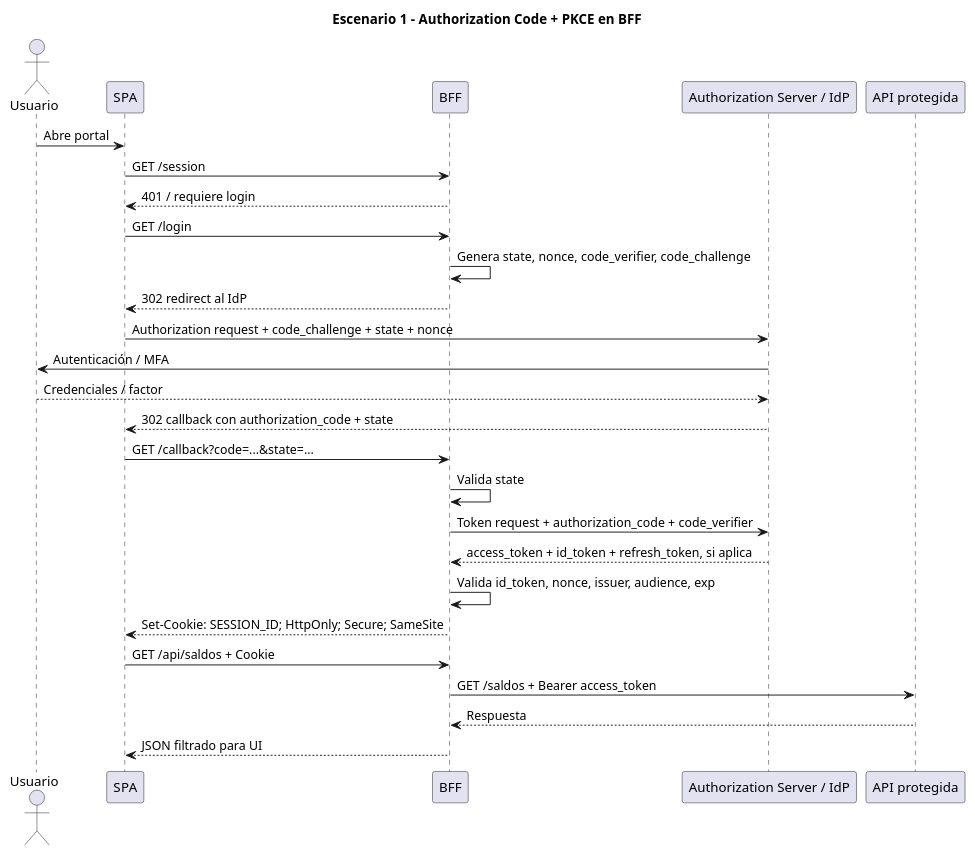
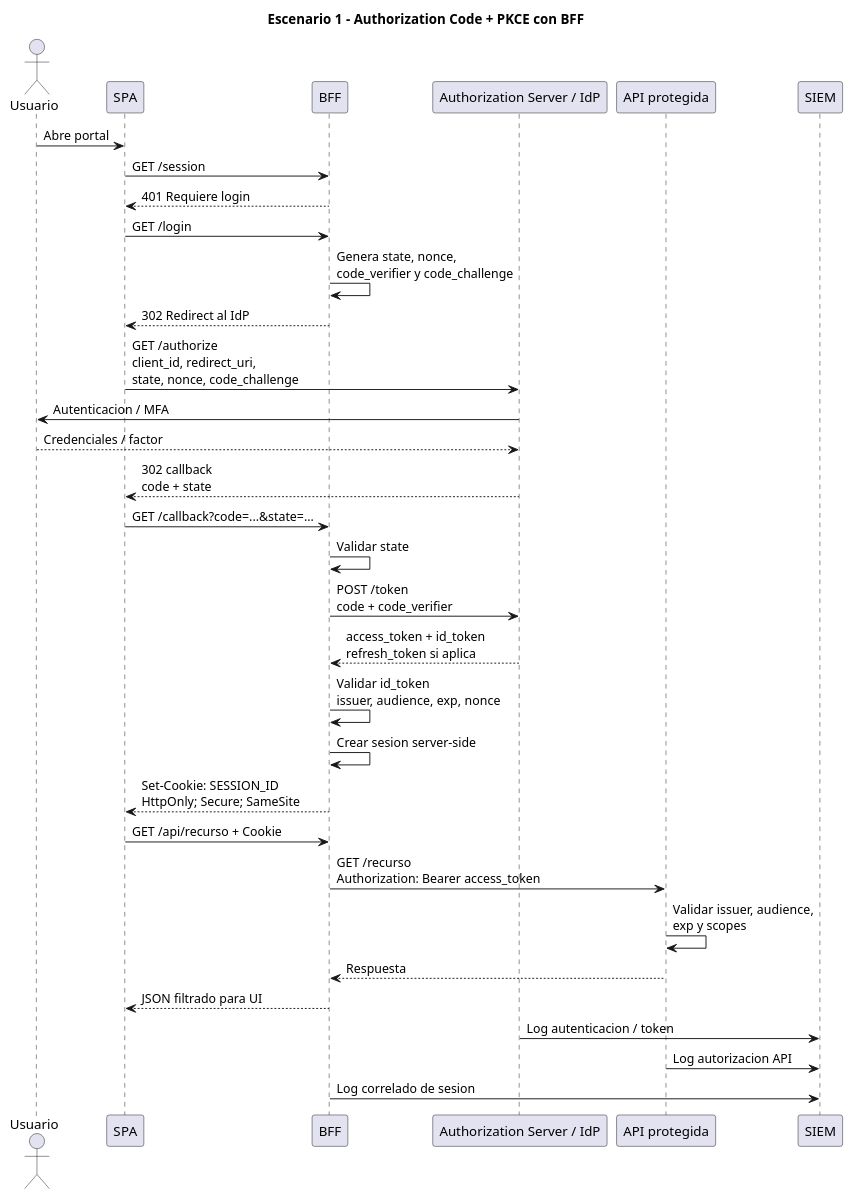
One commit to FredyRosero/evaluacion-controles-oauth2-oidc changed the ninth of 24 diagrams in tesis/README.md. Above: the diagram before and after it, drawn with PlantUML. The commit also changed other lines of this file and 24 other files, not shown here.

````diff
--- a/tesis/README.md
+++ b/tesis/README.md
@@ -1739,32 +1989,46 @@
 ```plantuml
 @startuml
-title Escenario 1 - Authorization Code + PKCE en BFF
+title Escenario 1 - Authorization Code + PKCE con BFF
 
 actor Usuario
 participant "SPA" as SPA
 participant "BFF" as BFF
 participant "Authorization Server / IdP" as AS
 participant "API protegida" as API
+participant "SIEM" as SIEM
 
 Usuario -> SPA : Abre portal
 SPA -> BFF : GET /session
-BFF --> SPA : 401 / requiere login
+BFF --> SPA : 401 Requiere login
+
 SPA -> BFF : GET /login
-BFF -> BFF : Genera state, nonce, code_verifier, code_challenge
-BFF --> SPA : 302 redirect al IdP
-SPA -> AS : Authorization request + code_challenge + state + nonce
-AS -> Usuario : Autenticación / MFA
+BFF -> BFF : Genera state, nonce,\ncode_verifier y code_challenge
+BFF --> SPA : 302 Redirect al IdP
+
+SPA -> AS : GET /authorize\nclient_id, redirect_uri,\nstate, nonce, code_challenge
+AS -> Usuario : Autenticacion / MFA
 Usuario --> AS : Credenciales / factor
-AS --> SPA : 302 callback con authorization_code + state
+AS --> SPA : 302 callback\ncode + state
+
 SPA -> BFF : GET /callback?code=...&state=...
-BFF -> BFF : Valida state
-BFF -> AS : Token request + authorization_code + code_verifier
-AS --> BFF : access_token + id_token + refresh_token, si aplica
-BFF -> BFF : Valida id_token, nonce, issuer, audience, exp
-BFF --> SPA : Set-Cookie: SESSION_ID; HttpOnly; Secure; SameSite
-SPA -> BFF : GET /api/saldos + Cookie
-BFF -> API : GET /saldos + Bearer access_token
+BFF -> BFF : Validar state
+BFF -> AS : POST /token\ncode + code_verifier
+AS --> BFF : access_token + id_token\nrefresh_token si aplica
+
+BFF -> BFF : Validar id_token\nissuer, audience, exp, nonce
+BFF -> BFF : Crear sesion server-side
+BFF --> SPA : Set-Cookie: SESSION_ID\nHttpOnly; Secure; SameSite
+
+SPA -> BFF : GET /api/recurso + Cookie
+BFF -> API : GET /recurso\nAuthorization: Bearer access_token
+API -> API : Validar issuer, audience,\nexp y scopes
 API --> BFF : Respuesta
 BFF --> SPA : JSON filtrado para UI
+
+AS -> SIEM : Log autenticacion / token
+API -> SIEM : Log autorizacion API
+BFF -> SIEM : Log correlado de sesion
+
 @enduml
+
 ```
````
